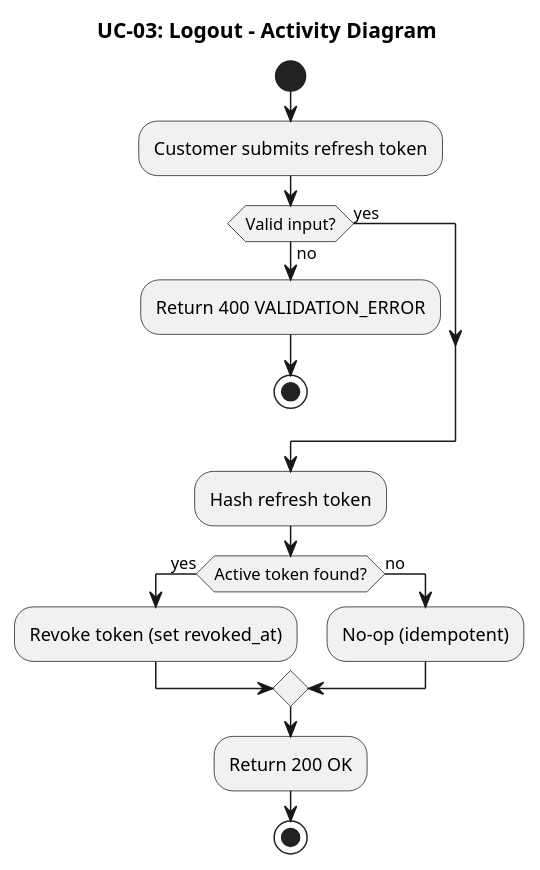
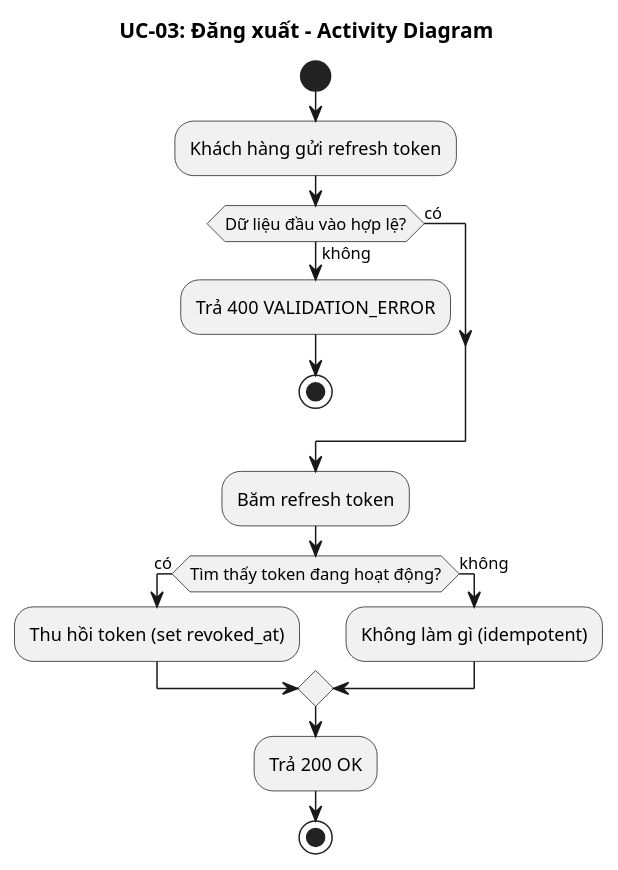
One commit to Phunguy65/train-ticket-booking-system-plus changed the third of 7 diagrams in docs/usecases/UC-03-dang-xuat.md. Above: the diagram before and after it, drawn with PlantUML. The commit also changed other lines of this file and 14 other files, not shown here.

````diff
--- a/docs/usecases/UC-03-dang-xuat.md
+++ b/docs/usecases/UC-03-dang-xuat.md
@@ -39,27 +57,27 @@
 ```plantuml
 @startuml UC-03-activity
-title UC-03: Logout - Activity Diagram
+title UC-03: Đăng xuất - Activity Diagram
 
 start
 
-:Customer submits refresh token;
+:Khách hàng gửi refresh token;
 
-if (Valid input?) then (no)
-  :Return 400 VALIDATION_ERROR;
+if (Dữ liệu đầu vào hợp lệ?) then (không)
+  :Trả 400 VALIDATION_ERROR;
   stop
-else (yes)
+else (có)
 endif
 
-:Hash refresh token;
+:Băm refresh token;
 
-if (Active token found?) then (yes)
-  :Revoke token (set revoked_at);
-else (no)
-  :No-op (idempotent);
+if (Tìm thấy token đang hoạt động?) then (có)
+  :Thu hồi token (set revoked_at);
+else (không)
+  :Không làm gì (idempotent);
 endif
 
-:Return 200 OK;
+:Trả 200 OK;
 
 stop
 @enduml
 ```
````
